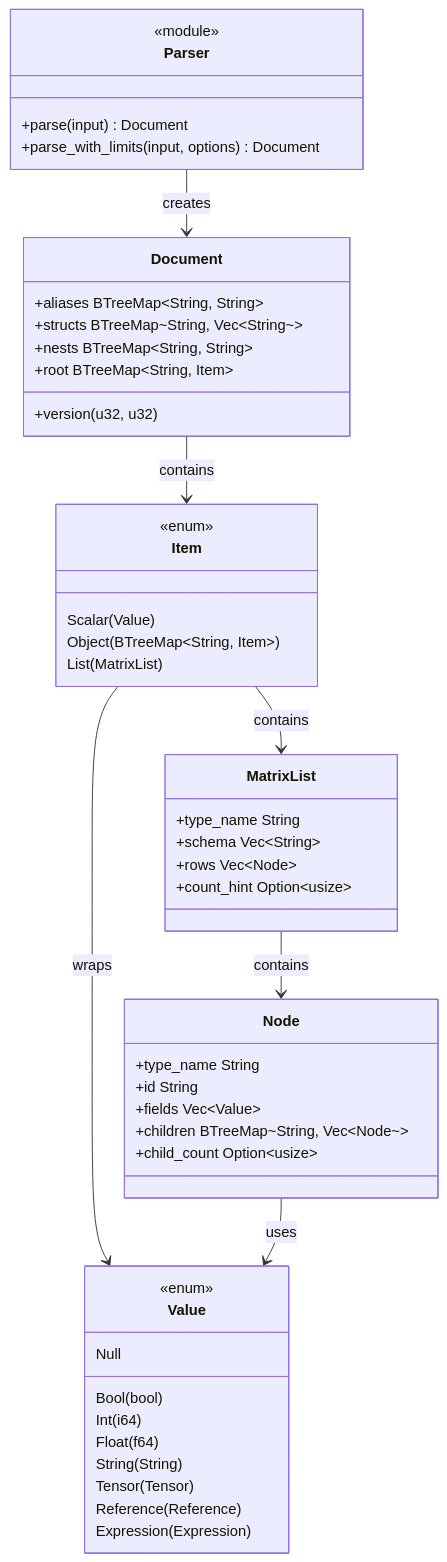
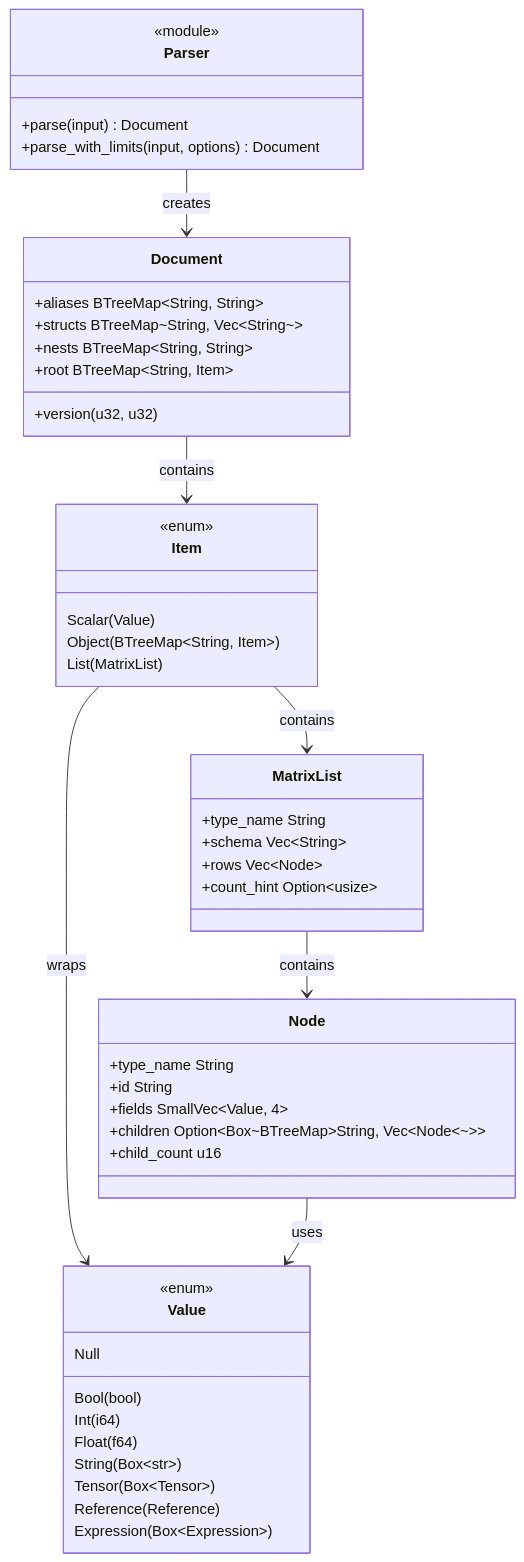
One commit to dweve-ai/hedl changed the first of 4 diagrams in docs/architecture/diagrams/component-relationships.md. Above: the diagram before and after it, drawn with Mermaid. The commit also changed other lines of this file and 735 other files, not shown here.

````diff
--- a/docs/architecture/diagrams/component-relationships.md
+++ b/docs/architecture/diagrams/component-relationships.md
@@ -7,57 +7,57 @@
 ```mermaid
 classDiagram
     class Parser {
         <<module>>
         +parse(input) Document
         +parse_with_limits(input, options) Document
     }
 
     class Document {
         +version (u32, u32)
         +aliases BTreeMap~String, String~
         +structs BTreeMap~String, Vec~String~~
         +nests BTreeMap~String, String~
         +root BTreeMap~String, Item~
     }
 
     class Item {
         <<enum>>
         Scalar(Value)
         Object(BTreeMap~String, Item~)
         List(MatrixList)
     }
 
     class MatrixList {
         +type_name String
         +schema Vec~String~
         +rows Vec~Node~
         +count_hint Option~usize~
     }
 
     class Node {
         +type_name String
         +id String
-        +fields Vec~Value~
-        +children BTreeMap~String, Vec~Node~~
-        +child_count Option~usize~
+        +fields SmallVec~Value, 4~
+        +children Option~Box~BTreeMap~String, Vec~Node~~~~
+        +child_count u16
     }
 
     class Value {
         <<enum>>
         Null
         Bool(bool)
         Int(i64)
         Float(f64)
-        String(String)
-        Tensor(Tensor)
+        String(Box~str~)
+        Tensor(Box~Tensor~)
         Reference(Reference)
-        Expression(Expression)
+        Expression(Box~Expression~)
     }
 
     Parser --> Document : creates
     Document --> Item : contains
     Item --> Value : wraps
     Item --> MatrixList : contains
     MatrixList --> Node : contains
     Node --> Value : uses
 ```
````
